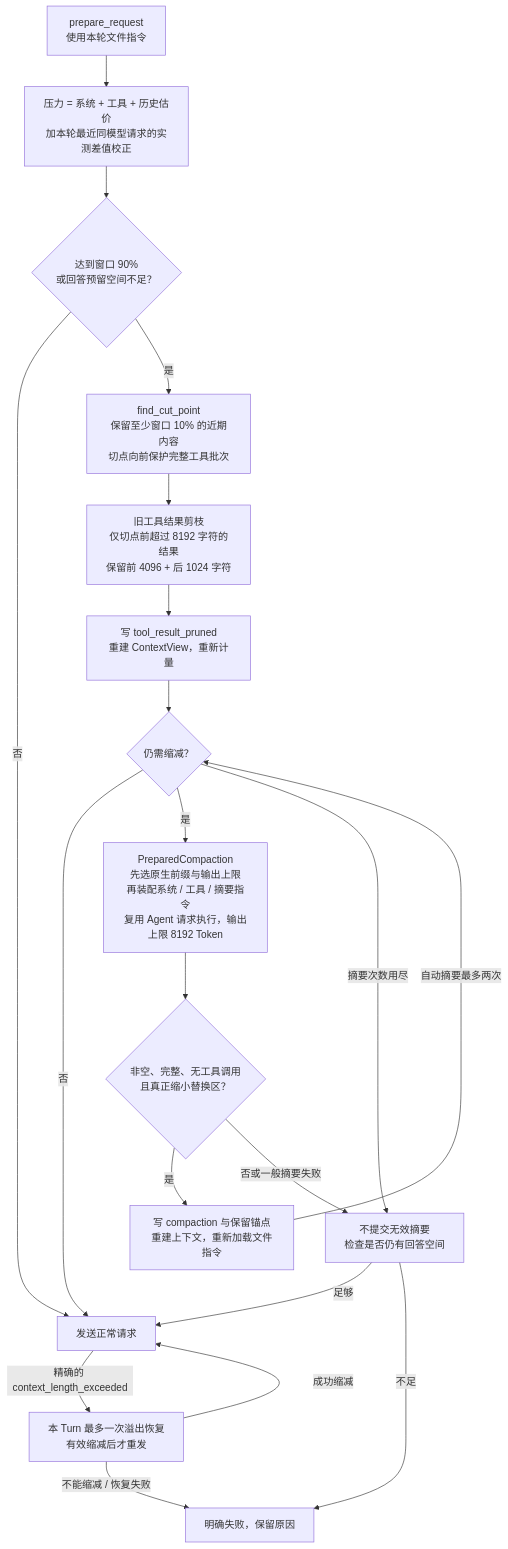
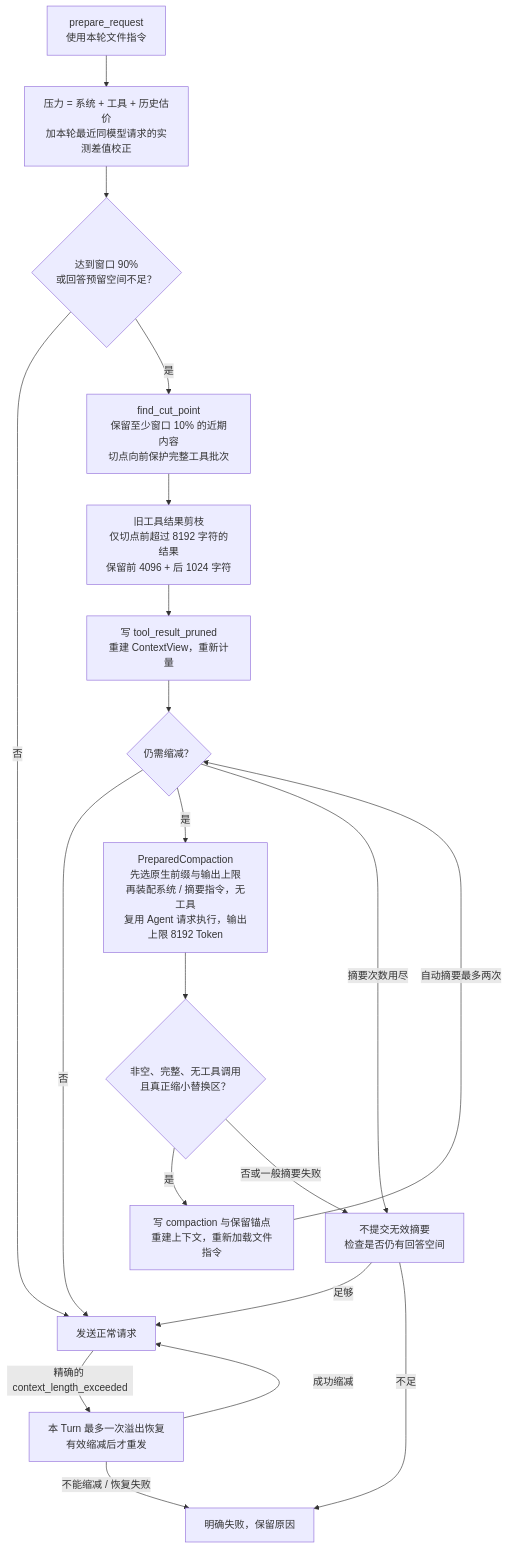
Diagram 23 of 29 in docs/singularity.md (qjcnmd/singularity-agent), drawn with Mermaid before and after one commit. The commit also changed other lines of this file and 29 other files, not shown here.

````diff
--- a/docs/singularity.md
+++ b/docs/singularity.md
@@ -604,22 +604,22 @@
 ```mermaid
 flowchart TB
     Start["prepare_request<br/>使用本轮文件指令"] --> Estimate["压力 = 系统 + 工具 + 历史估价<br/>加本轮最近同模型请求的实测差值校正"]
     Estimate --> Pressure{"达到窗口 90%<br/>或回答预留空间不足？"}
     Pressure -->|"否"| Send["发送正常请求"]
     Pressure -->|"是"| Cut["find_cut_point<br/>保留至少窗口 10% 的近期内容<br/>切点向前保护完整工具批次"]
     Cut --> Prune["旧工具结果剪枝<br/>仅切点前超过 8192 字符的结果<br/>保留前 4096 + 后 1024 字符"]
     Prune --> Measure["写 tool_result_pruned<br/>重建 ContextView，重新计量"]
     Measure --> Need{"仍需缩减？"}
     Need -->|"否"| Send
-    Need -->|"是"| Summary["PreparedCompaction<br/>先选原生前缀与输出上限<br/>再装配系统 / 工具 / 摘要指令<br/>复用 Agent 请求执行，输出上限 8192 Token"]
+    Need -->|"是"| Summary["PreparedCompaction<br/>先选原生前缀与输出上限<br/>再装配系统 / 摘要指令，无工具<br/>复用 Agent 请求执行，输出上限 8192 Token"]
     Summary --> Valid{"非空、完整、无工具调用<br/>且真正缩小替换区？"}
     Valid -->|"是"| Commit["写 compaction 与保留锚点<br/>重建上下文，重新加载文件指令"]
     Commit -->|"自动摘要最多两次"| Need
     Valid -->|"否或一般摘要失败"| Room["不提交无效摘要<br/>检查是否仍有回答空间"]
     Room -->|"足够"| Send
     Room -->|"不足"| Error["明确失败，保留原因"]
     Need -->|"摘要次数用尽"| Room
     Send -->|"精确的 context_length_exceeded"| Forced["本 Turn 最多一次溢出恢复<br/>有效缩减后才重发"]
     Forced -->|"成功缩减"| Send
     Forced -->|"不能缩减 / 恢复失败"| Error
 ```
````
